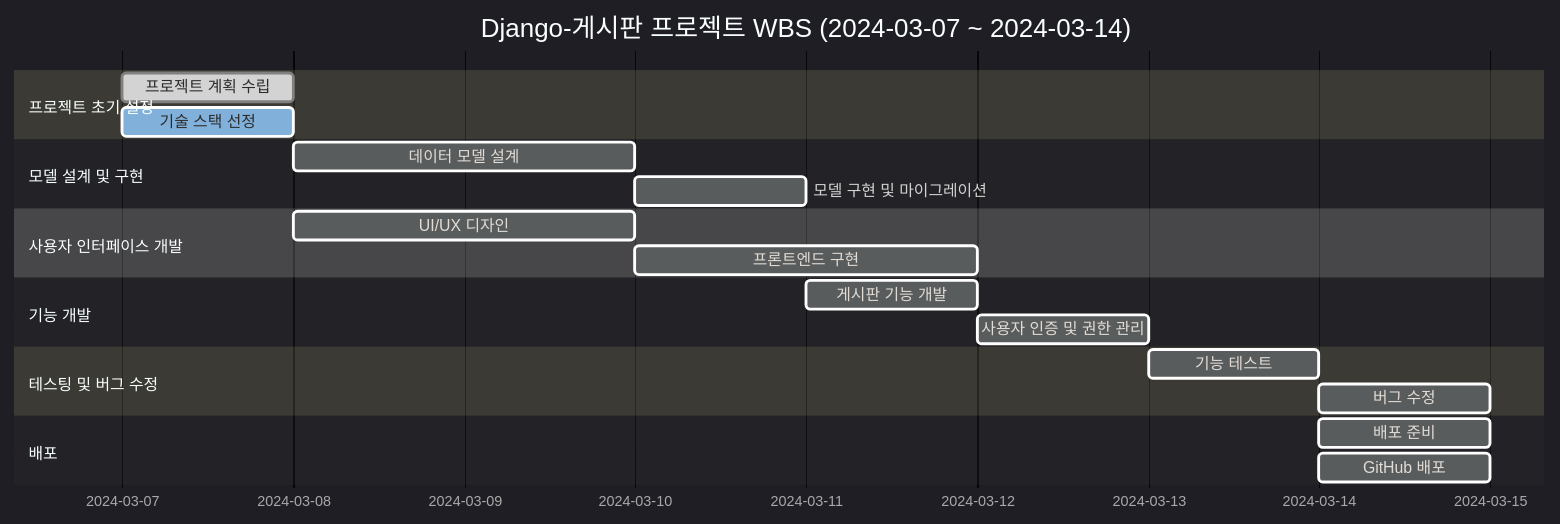
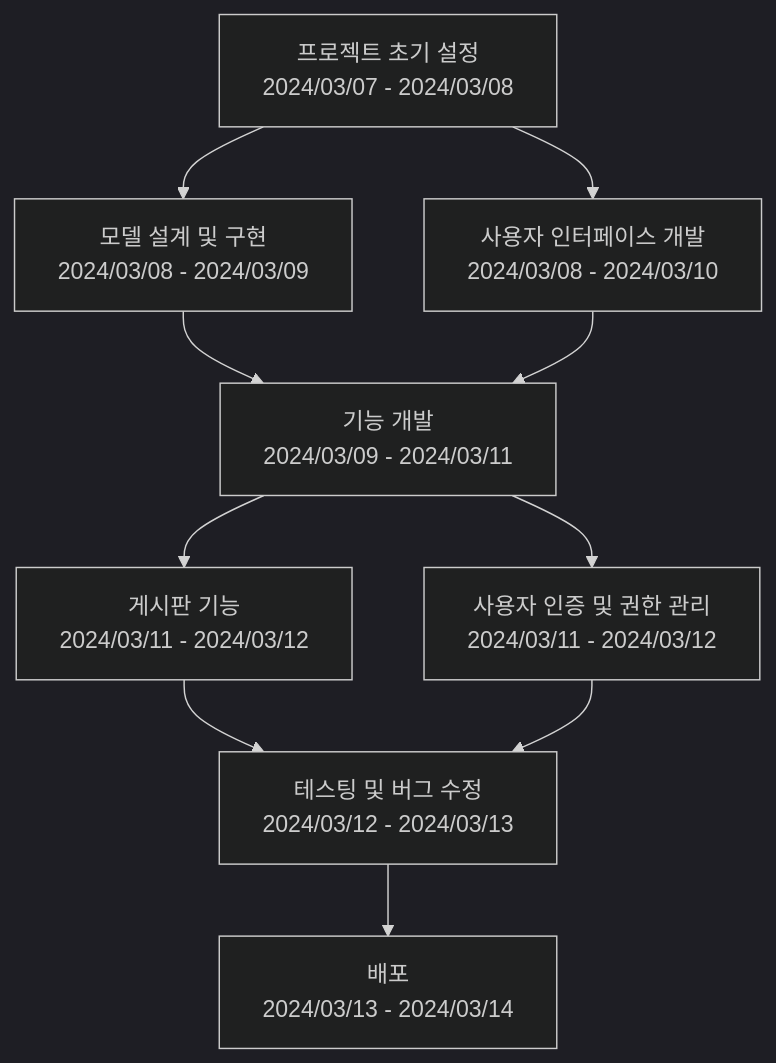
The first of 3 diagrams in README.md (rkawkclzls/Dango-), drawn with Mermaid (dark theme) before and after one commit. The commit also changed other lines of this file, not shown here.

````diff
--- a/README.md
+++ b/README.md
@@ -22,29 +22,12 @@
 ```mermaid
-gantt
-    title Django-게시판 프로젝트 WBS (2024-03-07 ~ 2024-03-14)
-    dateFormat  YYYY-MM-DD
-    section 프로젝트 초기 설정
-    프로젝트 계획 수립       :done,    2024-03-07, 1d
-    기술 스택 선정         :active,  2024-03-07, 1d
-    
-    section 모델 설계 및 구현
-    데이터 모델 설계       :         2024-03-08, 2d
-    모델 구현 및 마이그레이션 :         2024-03-10, 1d
-    
-    section 사용자 인터페이스 개발
-    UI/UX 디자인          :         2024-03-08, 2d
-    프론트엔드 구현       :         2024-03-10, 2d
-    
-    section 기능 개발
-    게시판 기능 개발      :         2024-03-11, 1d
-    사용자 인증 및 권한 관리 :         2024-03-12, 1d
-    
-    section 테스팅 및 버그 수정
-    기능 테스트           :         2024-03-13, 1d
-    버그 수정             :         2024-03-14, 1d
-    
-    section 배포
-    배포 준비             :         2024-03-14, 1d
-    GitHub 배포           :         2024-03-14, 1d
-
+graph TD;
+    A[프로젝트 초기 설정<br>2024/03/07 - 2024/03/08] --> B[모델 설계 및 구현<br>2024/03/08 - 2024/03/09];
+    A --> C[사용자 인터페이스 개발<br>2024/03/08 - 2024/03/10];
+    B --> D[기능 개발<br>2024/03/09 - 2024/03/11];
+    C --> D;
+    D --> E[게시판 기능<br>2024/03/11 - 2024/03/12];
+    D --> F[사용자 인증 및 권한 관리<br>2024/03/11 - 2024/03/12];
+    E --> G[테스팅 및 버그 수정<br>2024/03/12 - 2024/03/13];
+    F --> G;
+    G --> H[배포<br>2024/03/13 - 2024/03/14];
 ```
````
